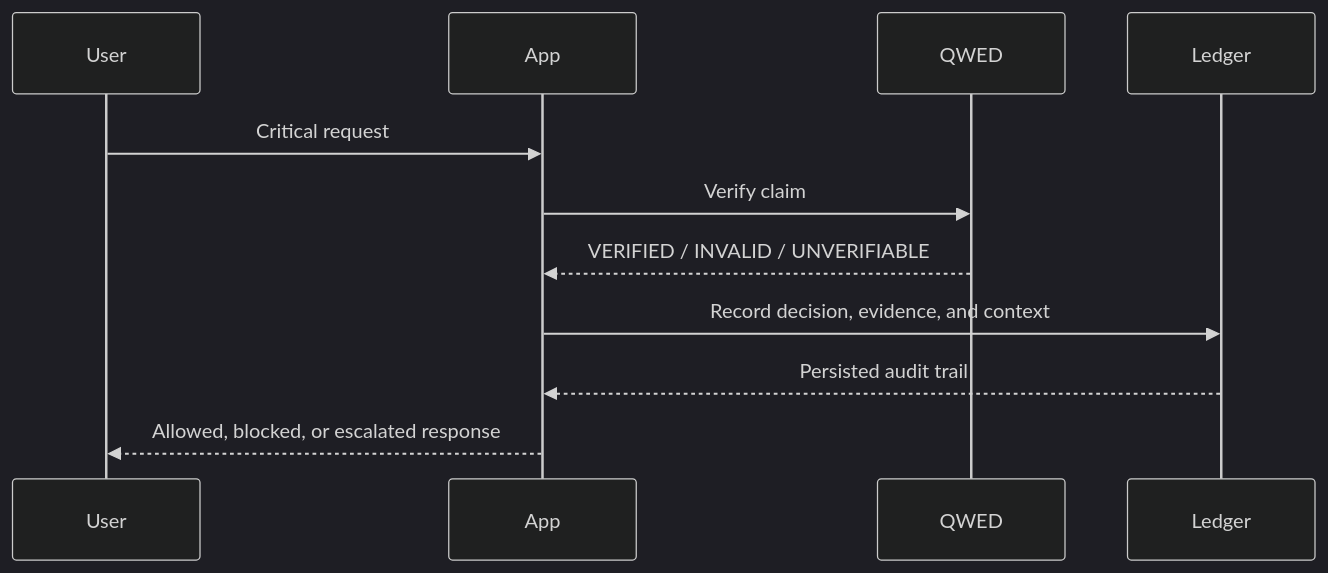
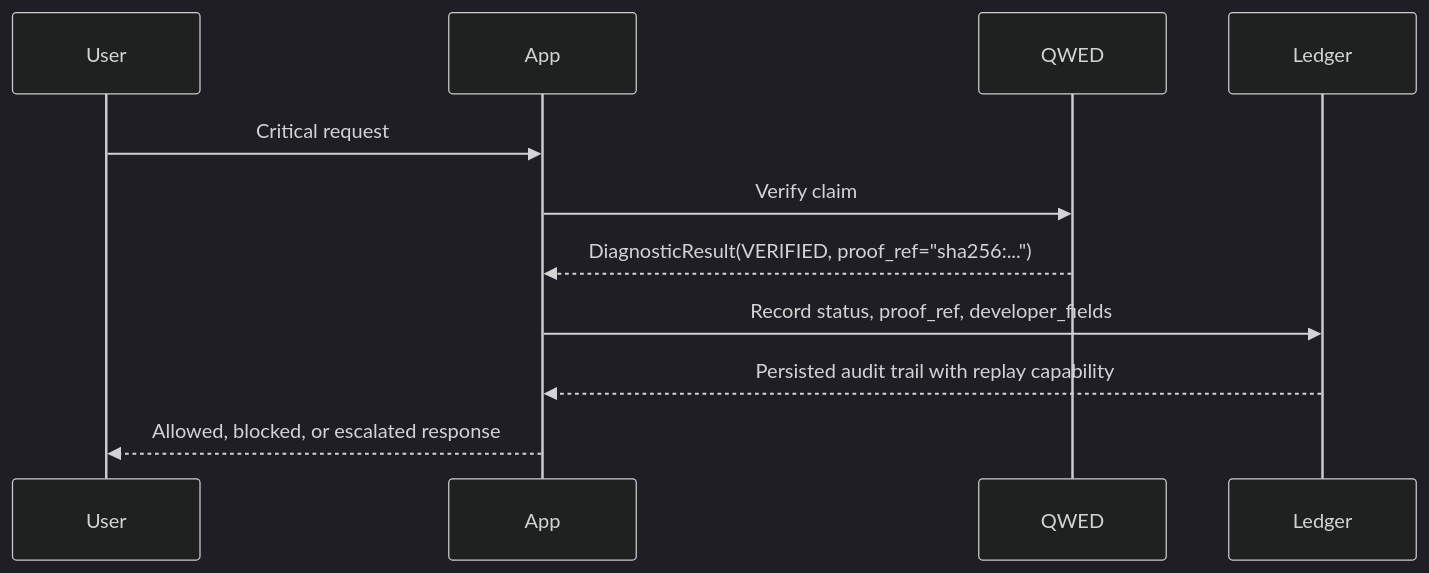
One commit to QWED-AI/qwed-learning changed the fourth of 5 diagrams in ARCHITECTURE.md. Above: the diagram before and after it, drawn with Mermaid (dark theme). The commit also changed other lines of this file and 16 other files, not shown here.

Commit message:
feat: migrate curriculum from VerificationResult to DiagnosticResult (#7)

````diff
--- a/ARCHITECTURE.md
+++ b/ARCHITECTURE.md
@@ -106,14 +142,14 @@
 ```mermaid
 sequenceDiagram
     participant User
     participant App
     participant QWED
     participant Ledger
 
     User->>App: Critical request
     App->>QWED: Verify claim
-    QWED-->>App: VERIFIED / INVALID / UNVERIFIABLE
-    App->>Ledger: Record decision, evidence, and context
-    Ledger-->>App: Persisted audit trail
+    QWED-->>App: DiagnosticResult(VERIFIED, proof_ref="sha256:...")
+    App->>Ledger: Record status, proof_ref, developer_fields
+    Ledger-->>App: Persisted audit trail with replay capability
     App-->>User: Allowed, blocked, or escalated response
 ```
````
